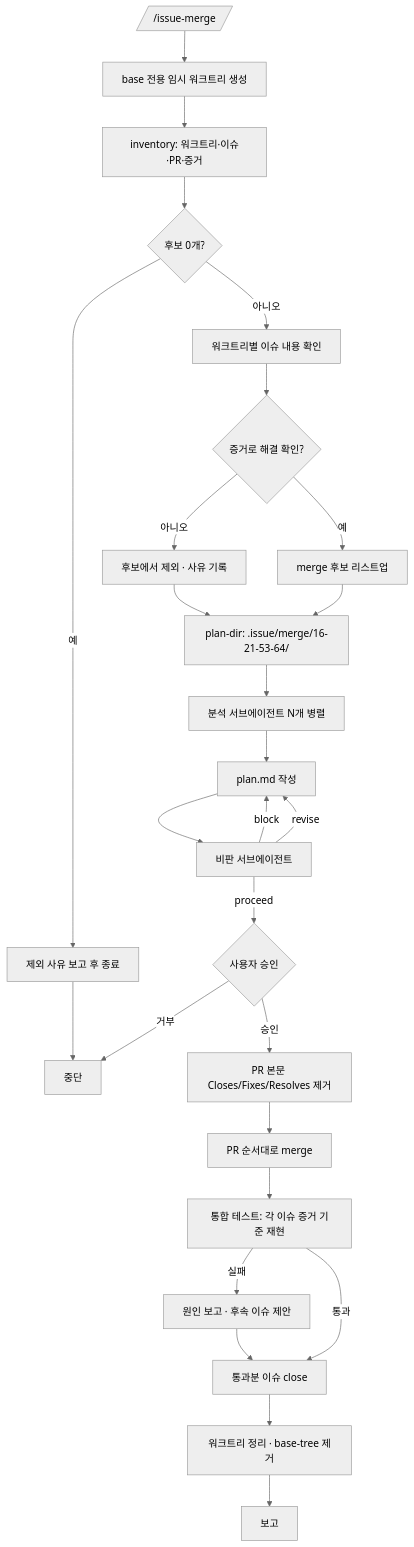
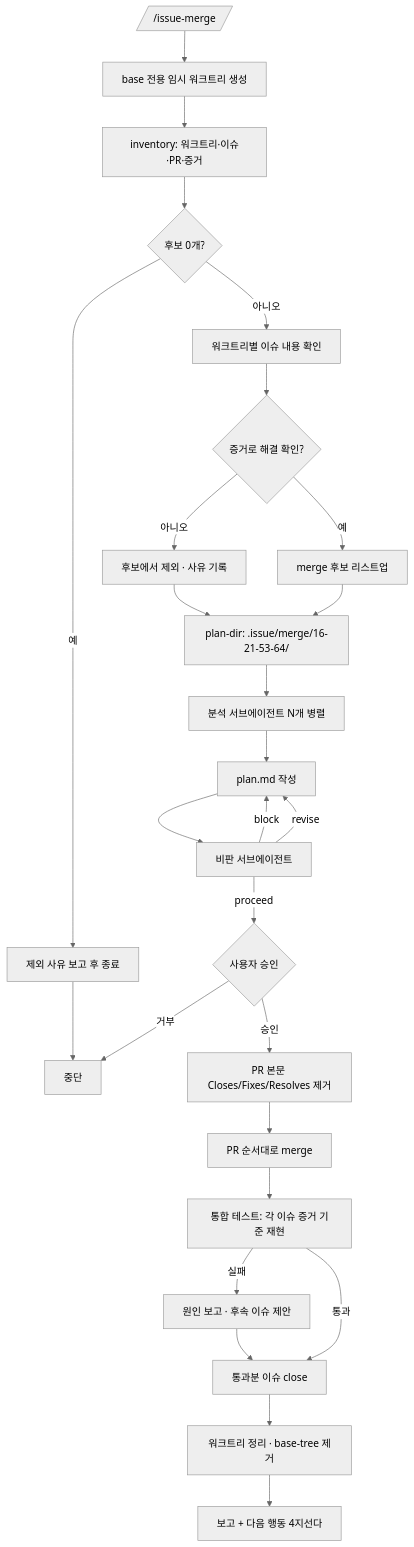
Before and after one commit to Mineru98/skills-store: the diagram in .codex/skills/issue-merge/SKILL.md, drawn with Mermaid (neutral theme). The commit also changed other lines of this file and 47 other files, not shown here.

````diff
--- a/.codex/skills/issue-merge/SKILL.md
+++ b/.codex/skills/issue-merge/SKILL.md
@@ -69,27 +75,27 @@
 ```mermaid
 flowchart TD
     A[/"/issue-merge"/] --> B[base 전용 임시 워크트리 생성]
     B --> C[inventory: 워크트리·이슈·PR·증거]
     C --> C0{후보 0개?}
     C0 -- 예 --> C1[제외 사유 보고 후 종료] --> Z
     C0 -- 아니오 --> D[워크트리별 이슈 내용 확인]
     D --> E{증거로 해결 확인?}
     E -- 아니오 --> E1[후보에서 제외 · 사유 기록] --> F
     E -- 예 --> E2[merge 후보 리스트업] --> F
 
     F[plan-dir: .issue/merge/16-21-53-64/] --> G[분석 서브에이전트 N개 병렬]
     G --> H[plan.md 작성]
     H --> I[비판 서브에이전트]
     I -- block --> H
     I -- revise --> H
     I -- proceed --> J{사용자 승인}
 
     J -- 거부 --> Z[중단]
     J -- 승인 --> K0[PR 본문 Closes/Fixes/Resolves 제거]
     K0 --> K[PR 순서대로 merge]
     K --> L[통합 테스트: 각 이슈 증거 기준 재현]
     L -- 실패 --> L1[원인 보고 · 후속 이슈 제안] --> M
     L -- 통과 --> M[통과분 이슈 close]
     M --> N[워크트리 정리 · base-tree 제거]
-    N --> O[보고]
+    N --> O[보고 + 다음 행동 4지선다]
 ```
````
